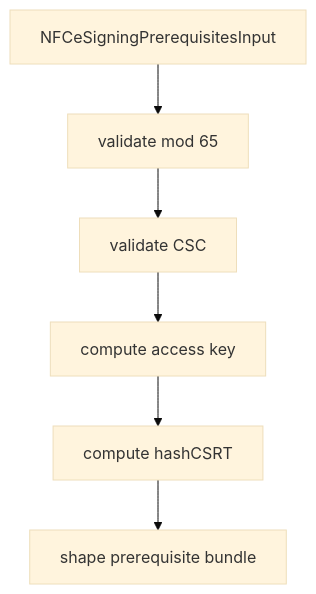
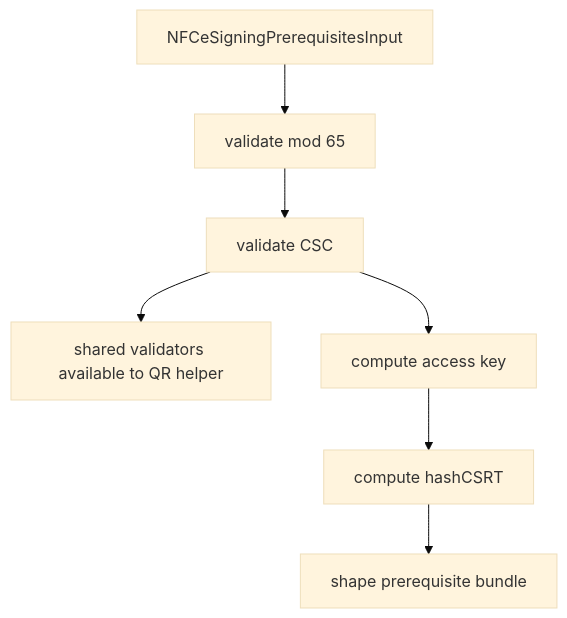
One commit to linkiez/nfe_sdk changed the diagram in src/canonical/nfce/prepare-signing-prerequisites.doc.md. Above: the diagram before and after it, drawn with Mermaid (base theme). The commit also changed other lines of this file and 43 other files, not shown here.

````diff
--- a/src/canonical/nfce/prepare-signing-prerequisites.doc.md
+++ b/src/canonical/nfce/prepare-signing-prerequisites.doc.md
@@ -21,8 +22,9 @@
 ```mermaid
 flowchart TD
   A[NFCeSigningPrerequisitesInput] --> B[validate mod 65]
   B --> C[validate CSC]
+  C --> C1[shared validators available to QR helper]
   C --> D[compute access key]
   D --> E[compute hashCSRT]
   E --> F[shape prerequisite bundle]
 ```
````
